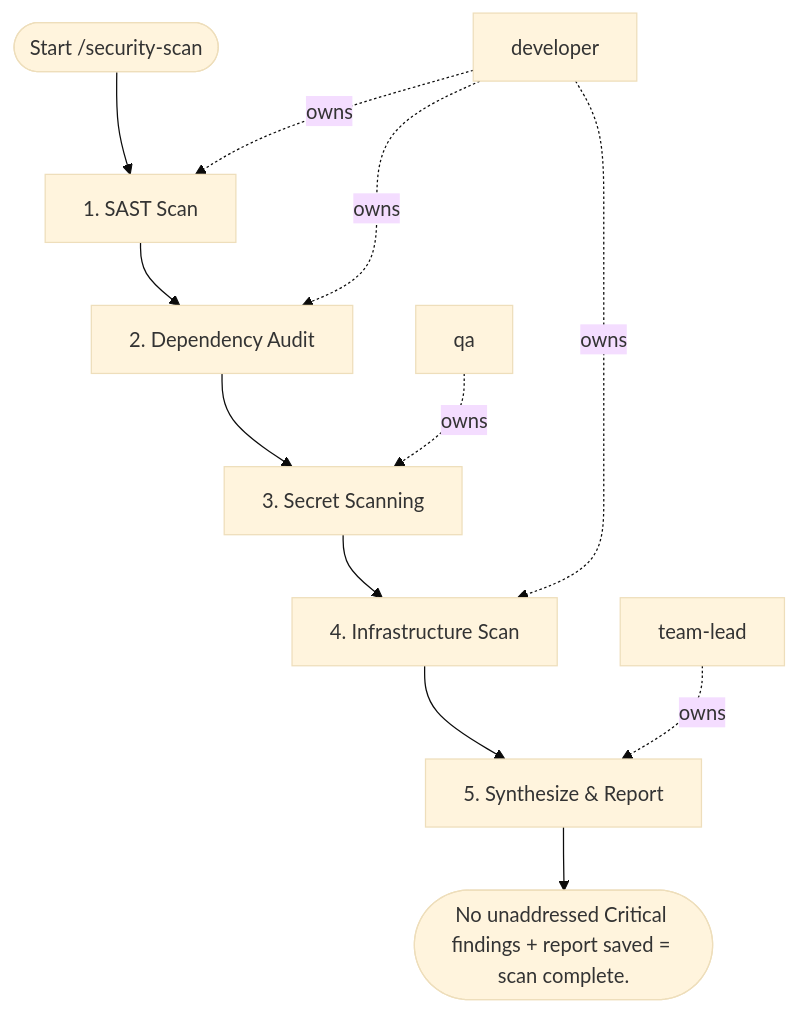
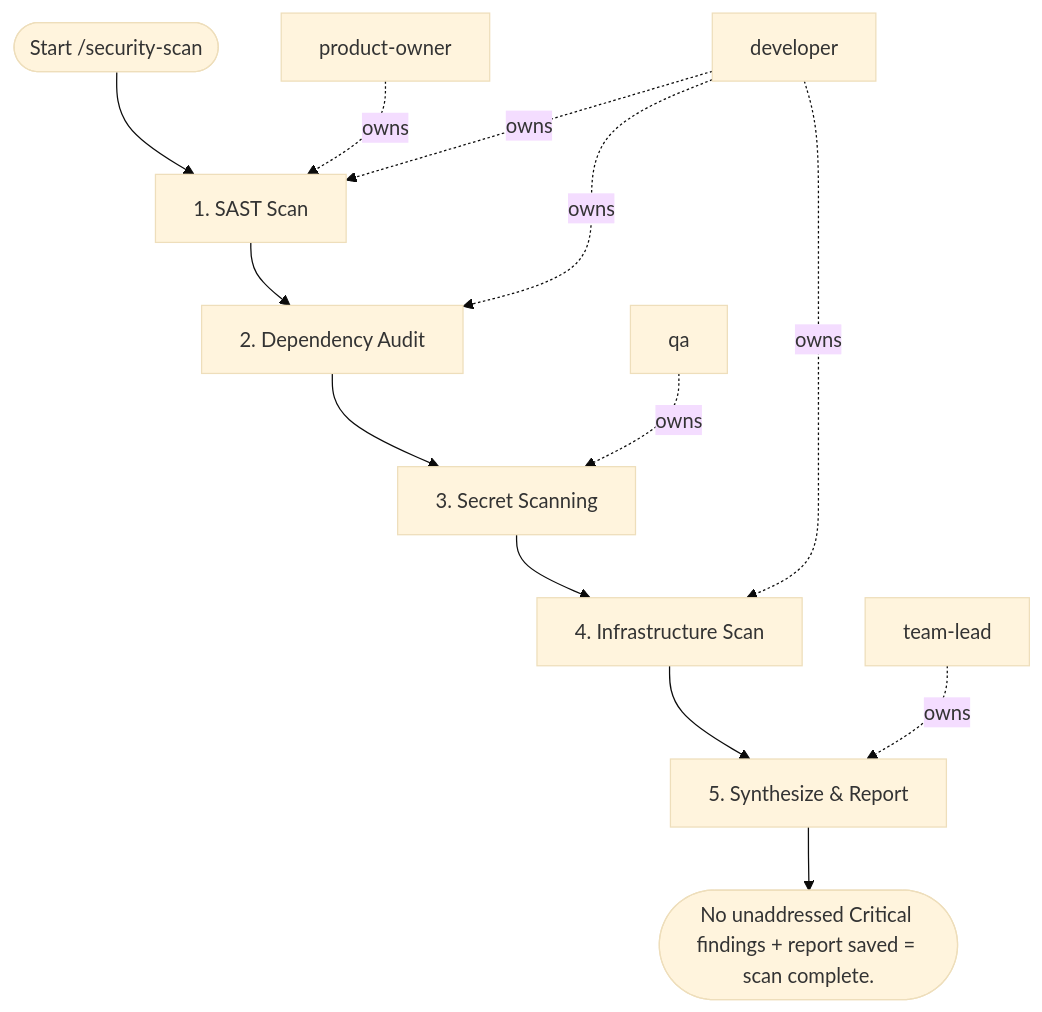
Before and after one commit to sawrus/agent-guides: the diagram in areas/software/security/workflows/security-scan.md, drawn with Mermaid (base theme). The commit also changed other lines of this file and 76 other files, not shown here.

Commit message:
Standardize workflow product owner initiation

````diff
--- a/areas/software/security/workflows/security-scan.md
+++ b/areas/software/security/workflows/security-scan.md
@@ -66,24 +66,26 @@
 ```mermaid
 flowchart TD
   start(["Start /security-scan"])
-  role_1["developer"]
-  role_2["qa"]
-  role_3["team-lead"]
+  role_1["product-owner"]
+  role_2["developer"]
+  role_3["qa"]
+  role_4["team-lead"]
   step_1["1. SAST Scan"]
   step_2["2. Dependency Audit"]
   step_3["3. Secret Scanning"]
   step_4["4. Infrastructure Scan"]
   step_5["5. Synthesize & Report"]
   exit(["No unaddressed Critical findings + report saved = scan complete."])
   start --> step_1
   step_1 --> step_2
   step_2 --> step_3
   step_3 --> step_4
   step_4 --> step_5
   step_5 --> exit
   role_1 -. owns .-> step_1
-  role_1 -. owns .-> step_2
-  role_2 -. owns .-> step_3
-  role_1 -. owns .-> step_4
-  role_3 -. owns .-> step_5
+  role_2 -. owns .-> step_1
+  role_2 -. owns .-> step_2
+  role_3 -. owns .-> step_3
+  role_2 -. owns .-> step_4
+  role_4 -. owns .-> step_5
 ```
````
